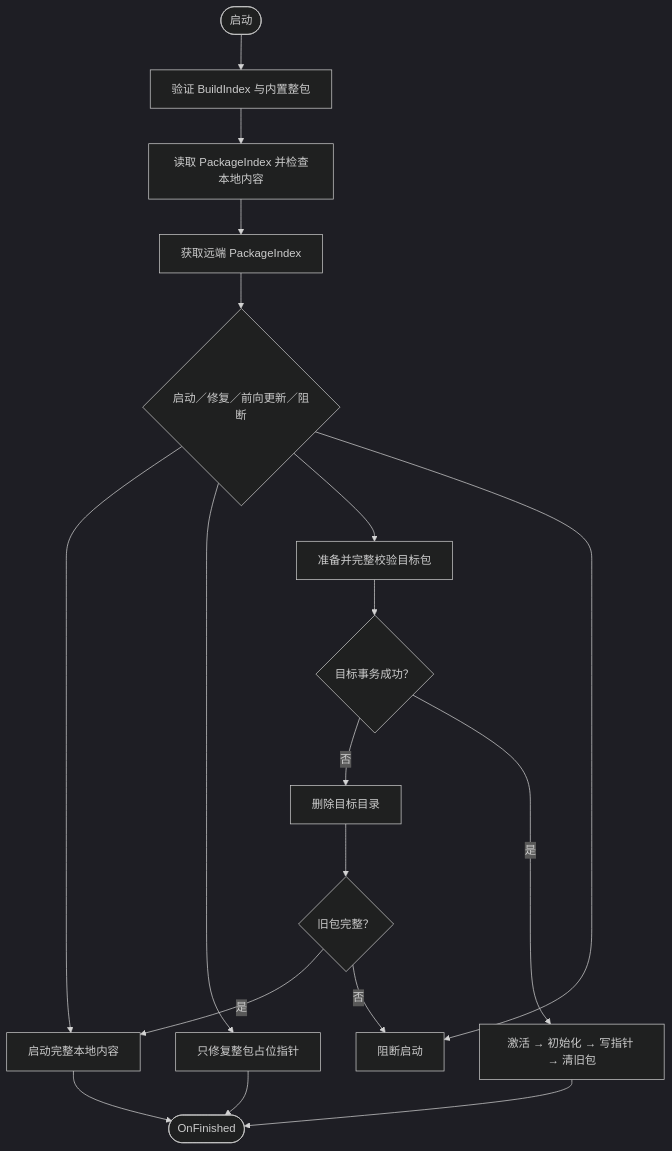
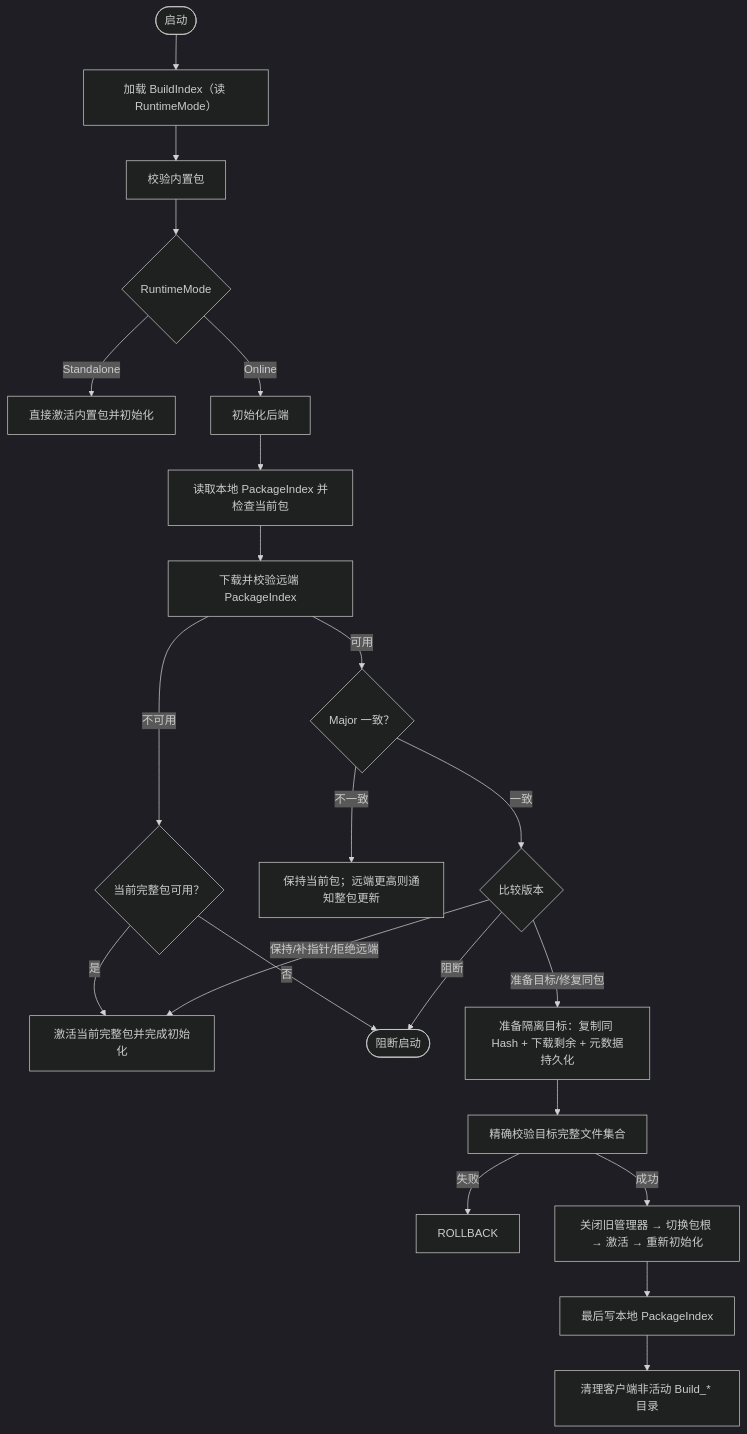
The diagram in docs/FYAsset/hotfix-热更新系统.md (gitfirehappy/XLuaHotfix), drawn with Mermaid (dark theme) before and after one commit. The commit also changed other lines of this file and 459 other files, not shown here.

````diff
--- a/docs/FYAsset/hotfix-热更新系统.md
+++ b/docs/FYAsset/hotfix-热更新系统.md
@@ -61,19 +69,24 @@
 ```mermaid
 flowchart TD
-    START(["启动"]) --> BASELINE["验证 BuildIndex 与内置整包"]
-    BASELINE --> LOCAL["读取 PackageIndex 并检查本地内容"]
-    LOCAL --> REMOTE["获取远端 PackageIndex"]
-    REMOTE --> DECIDE{"启动／修复／前向更新／阻断"}
-    DECIDE --> LOCAL_START["启动完整本地内容"]
-    DECIDE --> POINTER["只修复整包占位指针"]
-    DECIDE --> TARGET["准备并完整校验目标包"]
-    DECIDE --> FATAL["阻断启动"]
-    TARGET --> TARGET_OK{"目标事务成功？"}
-    TARGET_OK -- "否" --> DELETE["删除目标目录"] --> FALLBACK{"旧包完整？"}
-    FALLBACK -- "是" --> LOCAL_START
-    FALLBACK -- "否" --> FATAL
-    TARGET_OK -- "是" --> COMMIT["激活 → 初始化 → 写指针 → 清旧包"]
-    LOCAL_START --> DONE(["OnFinished"])
-    POINTER --> DONE
-    COMMIT --> DONE
+    START(["启动"]) --> IDX["加载 BuildIndex（读 RuntimeMode）"]
+    IDX --> BUILTIN["校验内置包"]
+    BUILTIN --> MODE{"RuntimeMode"}
+    MODE -- Standalone --> DIRECT["直接激活内置包并初始化"]
+    MODE -- Online --> BACKEND["初始化后端"]
+    BACKEND --> LOCAL["读取本地 PackageIndex 并检查当前包"]
+    LOCAL --> REMOTE["下载并校验远端 PackageIndex"]
+    REMOTE -- 不可用 --> FALLBACK{"当前完整包可用？"}
+    FALLBACK -- 是 --> CUR["激活当前完整包并完成初始化"]
+    FALLBACK -- 否 --> BLOCK(["阻断启动"])
+    REMOTE -- 可用 --> MAJOR{"Major 一致？"}
+    MAJOR -- 不一致 --> NOTIFY["保持当前包；远端更高则通知整包更新"]
+    MAJOR -- 一致 --> DECIDE{"比较版本"}
+    DECIDE -->|保持/补指针/拒绝远端| CUR
+    DECIDE -->|阻断| BLOCK
+    DECIDE -->|准备目标/修复同包| PREP["准备隔离目标：复制同 Hash + 下载剩余 + 元数据持久化"]
+    PREP --> VERIFY["精确校验目标完整文件集合"]
+    VERIFY -- 失败 --> ROLLBACK
+    VERIFY -- 成功 --> APPLY["关闭旧管理器 → 切换包根 → 激活 → 重新初始化"]
+    APPLY --> WRITE["最后写本地 PackageIndex"]
+    WRITE --> CLEAN["清理客户端非活动 Build_* 目录"]
 ```
````
